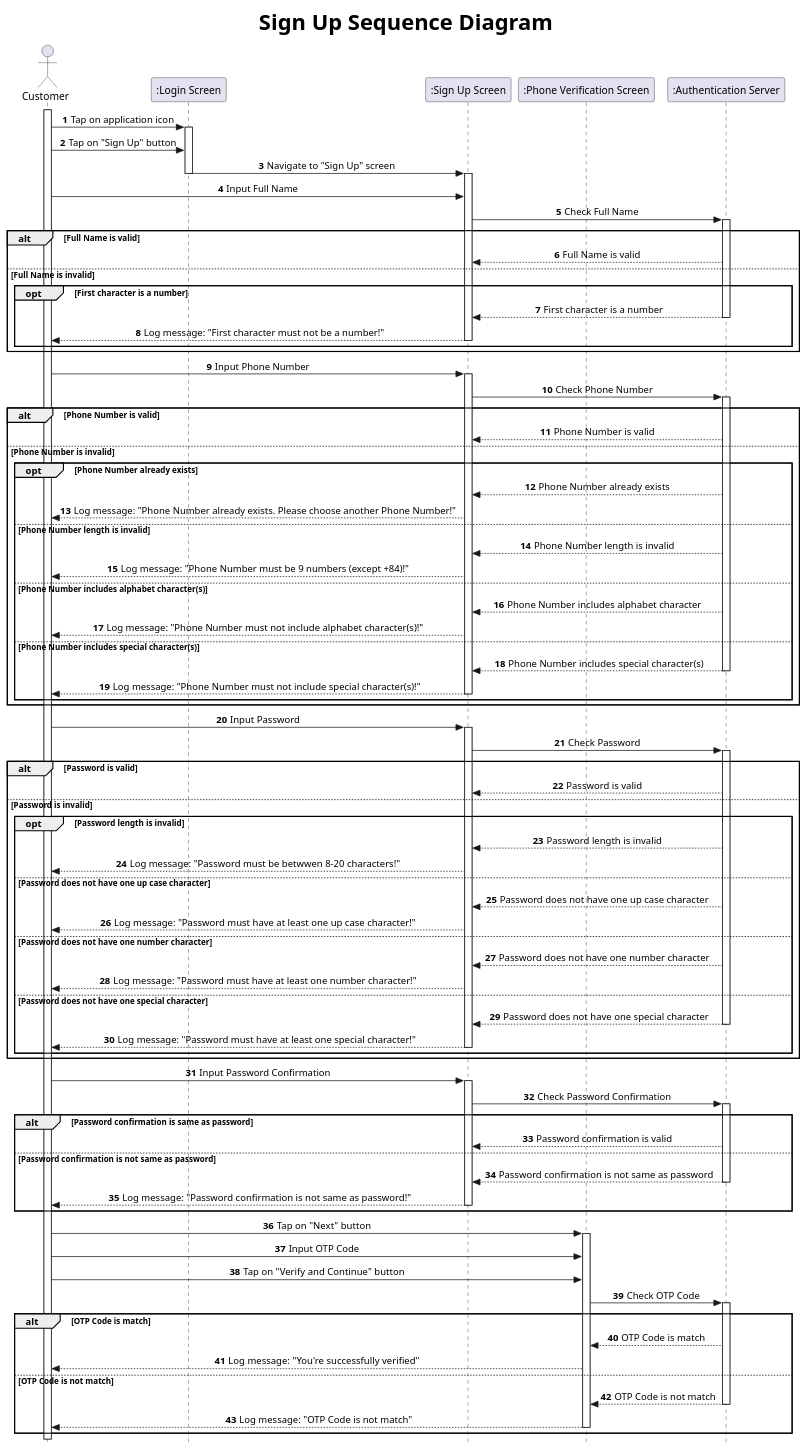
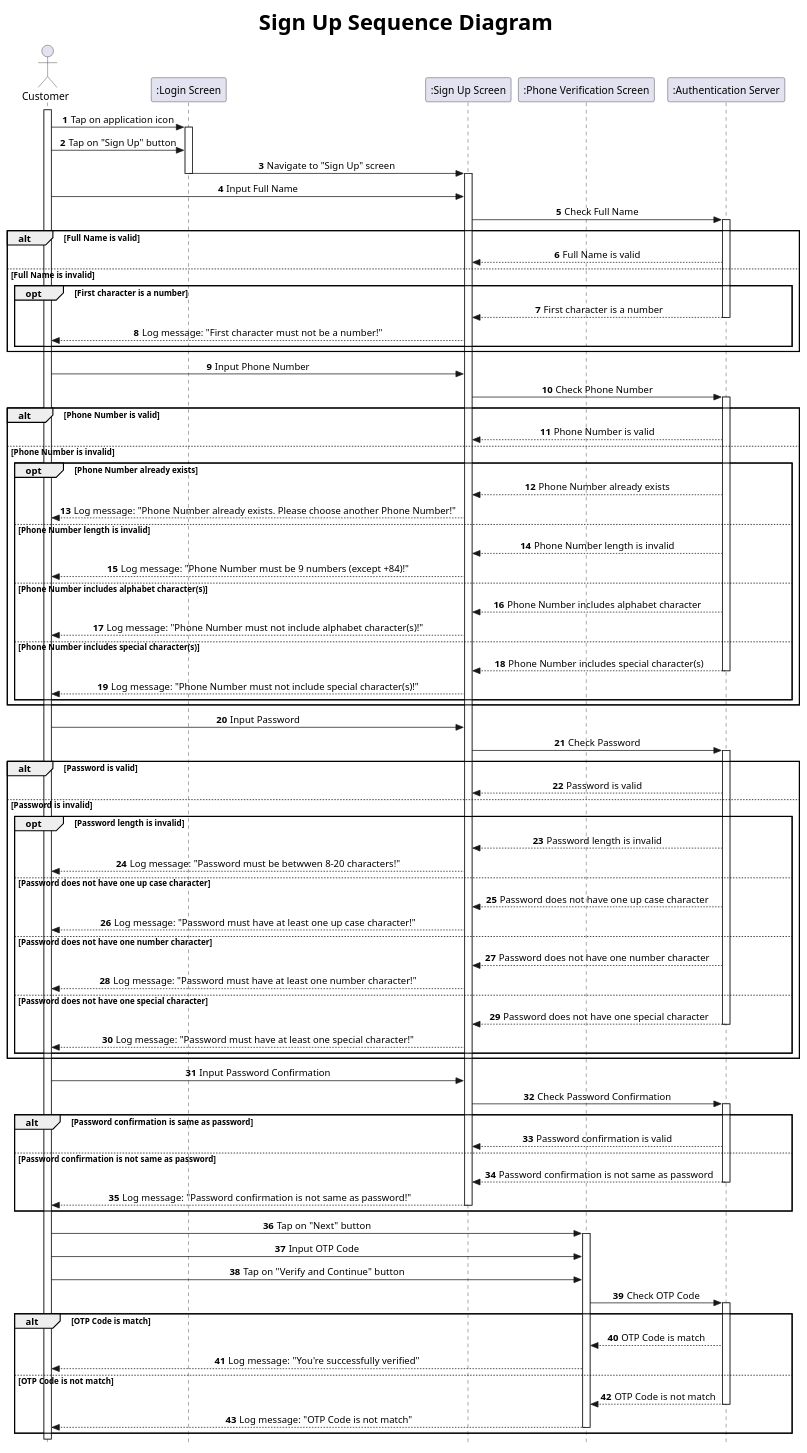
Before and after one commit to ledoantantri/SE357-Pratice-class: the diagram in Lab 1/Lab 1.2/sequence-diagrams/sign-up.wsd, drawn with PlantUML.

```diff
--- a/Lab 1/Lab 1.2/sequence-diagrams/sign-up.wsd
+++ b/Lab 1/Lab 1.2/sequence-diagrams/sign-up.wsd
@@ -1,131 +1,125 @@
 @startuml Sign Up Sequence Diagram
 
 title <size: 30> Sign Up Sequence Diagram
 
 skinparam Style strictuml
 skinparam sequenceMessageAlign center
 
 actor "Customer" as Cm
 participant ":Login Screen" as LI
 participant ":Sign Up Screen" as SU
 participant ":Phone Verification Screen" as PV
 participant ":Authentication Server" as AS
 
 
 autonumber
 
 activate Cm
 Cm -> LI: Tap on application icon
 activate LI
 Cm -> LI: Tap on "Sign Up" button
 LI -> SU: Navigate to "Sign Up" screen
 deactivate LI
 
 activate SU
 
 '=============== Full Name ==============='
 Cm -> SU: Input Full Name
 SU -> AS: Check Full Name
 activate AS
 
 alt Full Name is valid
     AS --> SU: Full Name is valid
 else Full Name is invalid
     opt First character is a number
         AS --> SU: First character is a number
         deactivate AS
         SU --> Cm: Log message: "First character must not be a number!"
-        
-        deactivate SU
+
     end
 end
 
 '=============== Phone Number ==============='
 Cm -> SU: Input Phone Number
-activate SU
 SU -> AS: Check Phone Number
 activate AS
 
 alt Phone Number is valid
     AS --> SU: Phone Number is valid
 else Phone Number is invalid
     opt Phone Number already exists
         AS --> SU: Phone Number already exists
         SU --> Cm: Log message: "Phone Number already exists. Please choose another Phone Number!"
     else Phone Number length is invalid
         AS --> SU: Phone Number length is invalid
         SU --> Cm: Log message: "Phone Number must be 9 numbers (except +84)!"
     else Phone Number includes alphabet character(s)
         AS --> SU: Phone Number includes alphabet character
         SU --> Cm: Log message: "Phone Number must not include alphabet character(s)!"
     else Phone Number includes special character(s)
         AS --> SU: Phone Number includes special character(s)
         deactivate AS
         SU --> Cm: Log message: "Phone Number must not include special character(s)!"
-        deactivate SU
     end
 end
 
 
 '=============== Password ==============='
 Cm -> SU: Input Password
-activate SU
 SU -> AS: Check Password
 activate AS
 
 alt Password is valid
     AS --> SU: Password is valid
 else Password is invalid
     opt Password length is invalid
         AS --> SU: Password length is invalid
         SU --> Cm: Log message: "Password must be betwwen 8-20 characters!"
     else Password does not have one up case character
         AS --> SU: Password does not have one up case character
         SU --> Cm: Log message: "Password must have at least one up case character!"
     else Password does not have one number character
         AS --> SU: Password does not have one number character
         SU --> Cm: Log message: "Password must have at least one number character!"
     else Password does not have one special character
         AS --> SU: Password does not have one special character
         deactivate AS
         SU --> Cm: Log message: "Password must have at least one special character!"
-        deactivate SU
     end
 end
 
 '=============== Password Confirmation ==============='
 Cm -> SU: Input Password Confirmation
-activate SU
 SU -> AS: Check Password Confirmation
 activate AS
 
 alt Password confirmation is same as password
     AS --> SU: Password confirmation is valid
 else Password confirmation is not same as password
     AS --> SU: Password confirmation is not same as password
     deactivate AS
     SU --> Cm: Log message: "Password confirmation is not same as password!"
     deactivate SU
 end
 
 '=============== Phone Verification Screen ==============='
 Cm -> PV: Tap on "Next" button
 activate PV
 Cm -> PV: Input OTP Code
 Cm -> PV: Tap on "Verify and Continue" button
 PV -> AS: Check OTP Code
 activate AS
 
 
 alt OTP Code is match
     AS --> PV: OTP Code is match 
     PV --> Cm: Log message: "You're successfully verified"
     
 else OTP Code is not match
     AS --> PV: OTP Code is not match
     deactivate AS
     PV --> Cm: Log message: "OTP Code is not match" 
     deactivate PV
 end
 
 @enduml
```
